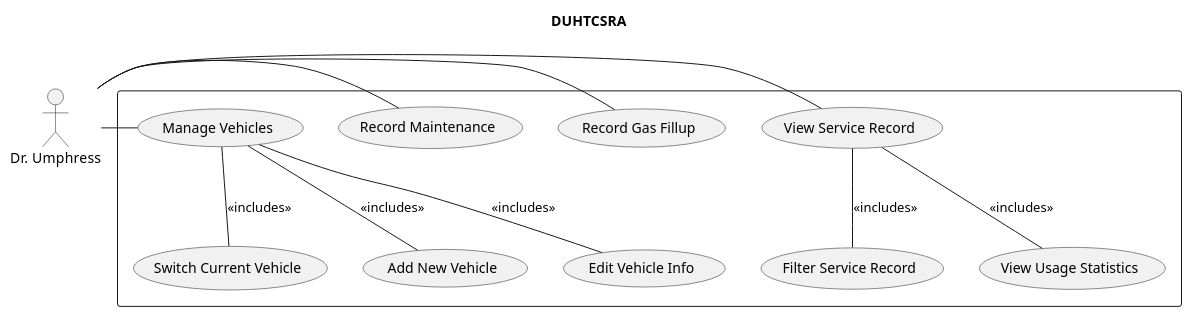
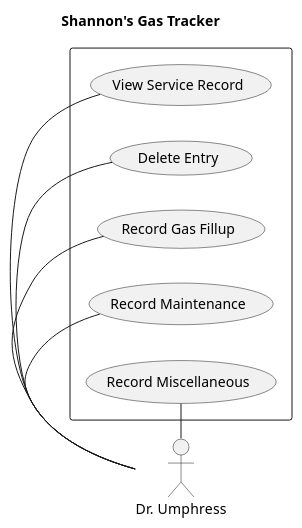
One commit to NotHamlet/Shannon-sGasTracker changed the diagram in app/UML/UseCaseDiagram.puml. Above: the diagram before and after it, drawn with PlantUML. The commit also changed 2 other files, not shown here.

Commit message:
Added release notes, updated UML diagrams

```diff
--- a/app/UML/UseCaseDiagram.puml
+++ b/app/UML/UseCaseDiagram.puml
@@ -1,31 +1,27 @@
 @startuml
-title DUHTCSRA
+title Shannon's Gas Tracker
+left to right direction
 
 actor "Dr. Umphress" as User
 rectangle {
 
     usecase (Record Gas Fillup) as RGF
     usecase (Record Maintenance) as RM
+    usecase (Record Miscellaneous) as RMI
 
     usecase (View Service Record) as VSR
-    usecase (Filter Service Record) as FSR
-    usecase (View Usage Statistics) as VUS
 
-    usecase (Manage Vehicles) as MV
-    usecase (Switch Current Vehicle) as SV
-    usecase (Add New Vehicle) as ANV
-    usecase (Edit Vehicle Info) as EVI
+  usecase (Delete Entry) as DE
+
 
     User - VSR
-    VSR -- FSR: <<includes>>
-    VSR -- VUS: <<includes>>
+
+    User - DE
 
     User - RGF
     User - RM
+    User - RMI
 
-    User - MV
-    MV -- SV: <<includes>>
-    MV -- ANV: <<includes>>
-    MV -- EVI: <<includes>>
+
 }
 @enduml
```
